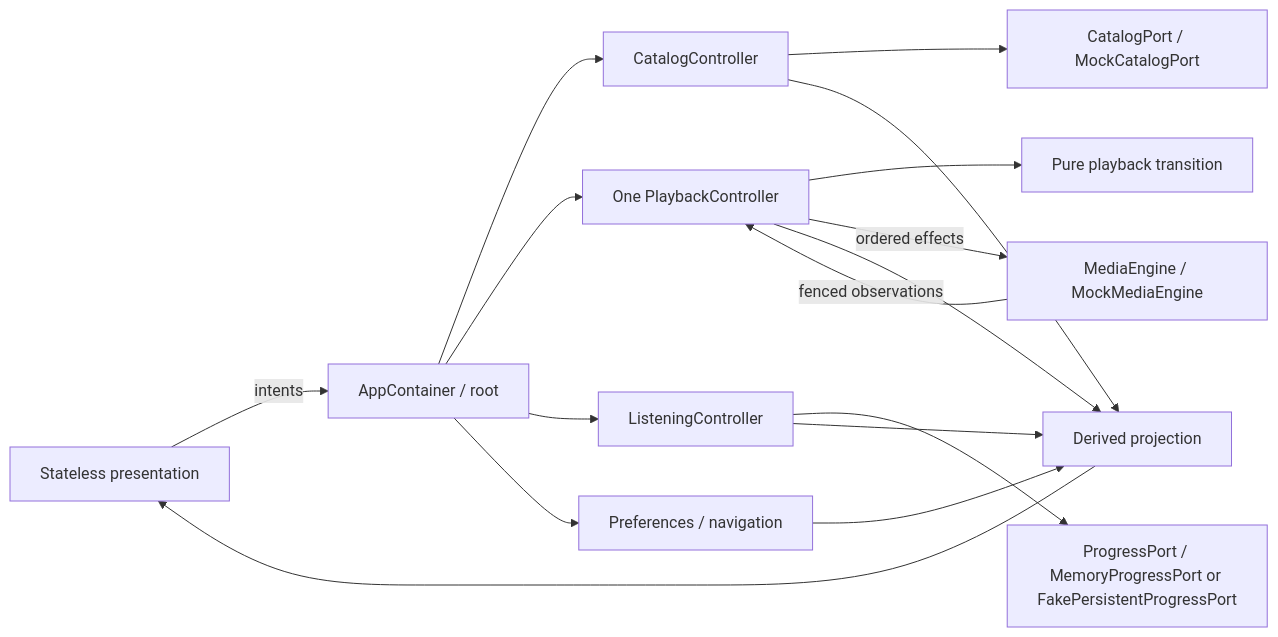
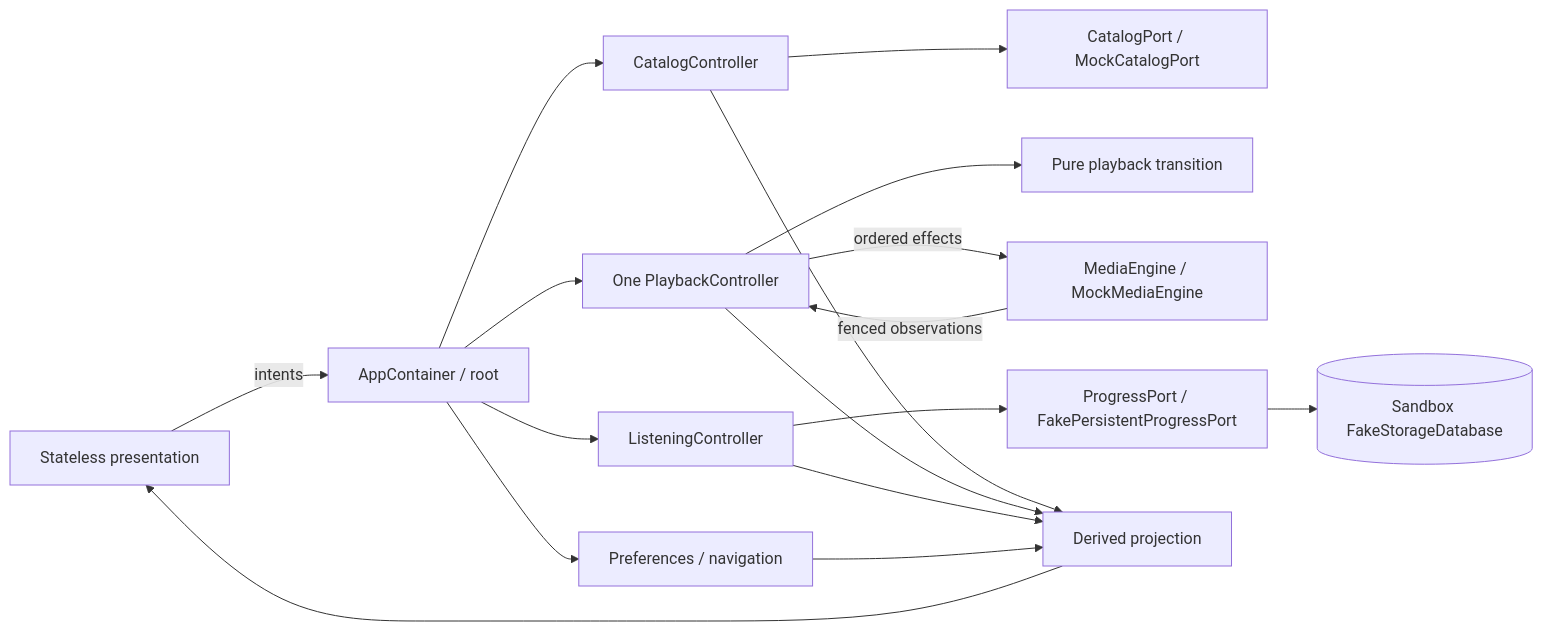
One commit to loveoverflowcom/cantos changed the diagram in apps/cantos-theatre/mobile/docs/architecture.md. Above: the diagram before and after it, drawn with Mermaid. The commit also changed other lines of this file and 21 other files, not shown here.

First line of the commit message:
refactor: consolidate Theatre mock storage into one adapters/mock sandbox

````diff
--- a/apps/cantos-theatre/mobile/docs/architecture.md
+++ b/apps/cantos-theatre/mobile/docs/architecture.md
@@ -49,18 +50,19 @@
 ```mermaid
 flowchart LR
   UI[Stateless presentation] -->|intents| App[AppContainer / root]
   App --> Catalog[CatalogController]
   App --> Playback[One PlaybackController]
   App --> Listening[ListeningController]
   App --> Prefs[Preferences / navigation]
   Catalog --> CP[CatalogPort / MockCatalogPort]
   Playback --> Core[Pure playback transition]
   Playback -->|ordered effects| Engine[MediaEngine / MockMediaEngine]
   Engine -->|fenced observations| Playback
-  Listening --> PP[ProgressPort / MemoryProgressPort or FakePersistentProgressPort]
+  Listening --> PP[ProgressPort / FakePersistentProgressPort]
+  PP --> DB[(Sandbox FakeStorageDatabase)]
   Catalog --> View[Derived projection]
   Playback --> View
   Listening --> View
   Prefs --> View
   View --> UI
 ```
````
